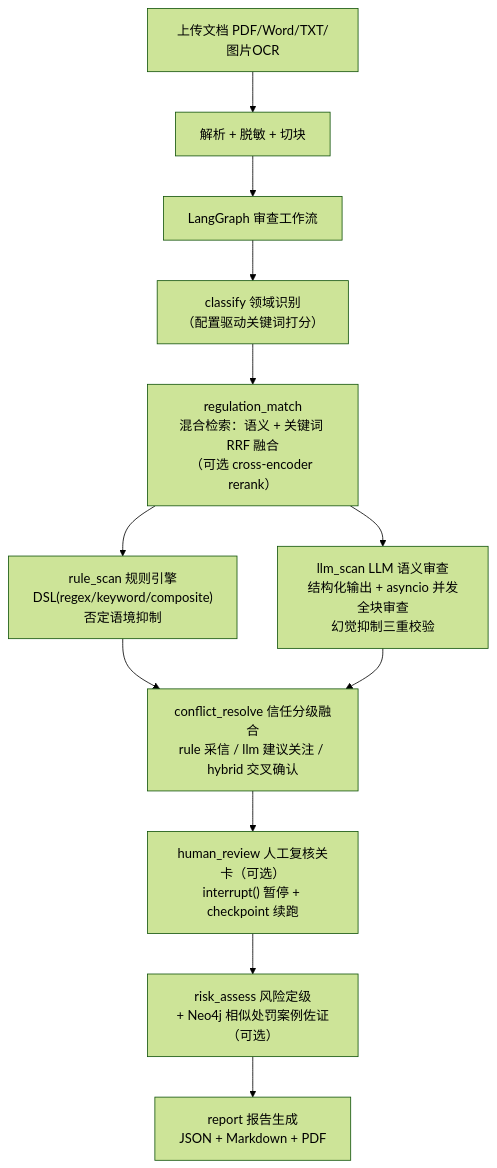
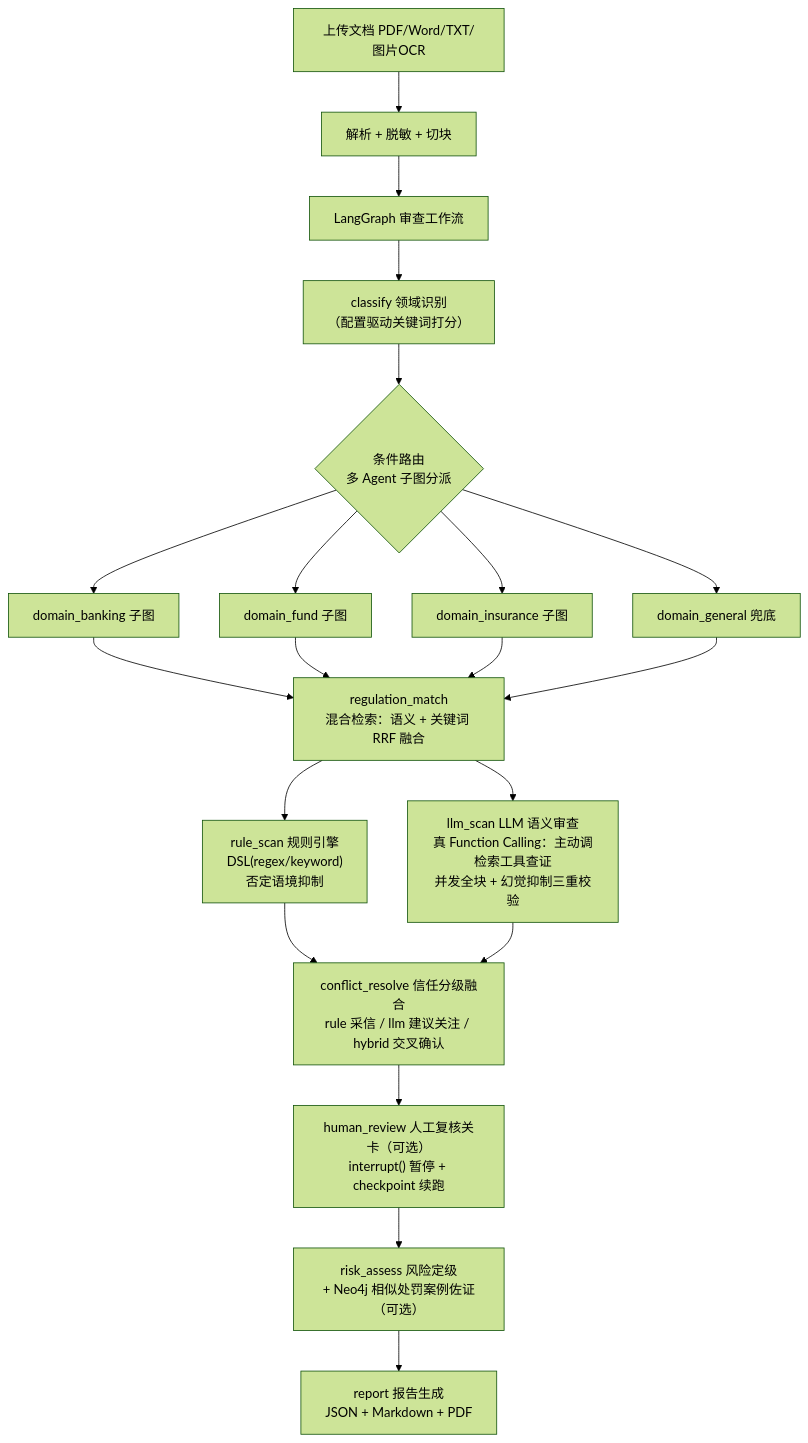
One commit to zzh200215/AIPromoGuard changed the first of 3 diagrams in README.md. Above: the diagram before and after it, drawn with Mermaid (forest theme). The commit also changed other lines of this file and 11 other files, not shown here.

````diff
--- a/README.md
+++ b/README.md
@@ -27,14 +27,22 @@
 ```mermaid
 flowchart TD
     U["上传文档 PDF/Word/TXT/图片OCR"] --> P["解析 + 脱敏 + 切块"]
     P --> G["LangGraph 审查工作流"]
     G --> C["classify 领域识别<br/>（配置驱动关键词打分）"]
-    C --> M["regulation_match<br/>混合检索：语义 + 关键词 RRF 融合<br/>（可选 cross-encoder rerank）"]
-    M --> R["rule_scan 规则引擎<br/>DSL(regex/keyword/composite)<br/>否定语境抑制"]
-    M --> L["llm_scan LLM 语义审查<br/>结构化输出 + asyncio 并发全块审查<br/>幻觉抑制三重校验"]
+    C --> ROUTE{"条件路由<br/>多 Agent 子图分派"}
+    ROUTE --> DS1["domain_banking 子图"]
+    ROUTE --> DS2["domain_fund 子图"]
+    ROUTE --> DS3["domain_insurance 子图"]
+    ROUTE --> DG["domain_general 兜底"]
+    DS1 --> M["regulation_match<br/>混合检索：语义 + 关键词 RRF 融合"]
+    DS2 --> M
+    DS3 --> M
+    DG --> M
+    M --> R["rule_scan 规则引擎<br/>DSL(regex/keyword)<br/>否定语境抑制"]
+    M --> L["llm_scan LLM 语义审查<br/>真 Function Calling：主动调检索工具查证<br/>并发全块 + 幻觉抑制三重校验"]
     R --> F["conflict_resolve 信任分级融合<br/>rule 采信 / llm 建议关注 / hybrid 交叉确认"]
     L --> F
     F --> H["human_review 人工复核关卡（可选）<br/>interrupt() 暂停 + checkpoint 续跑"]
     H --> K["risk_assess 风险定级<br/>+ Neo4j 相似处罚案例佐证（可选）"]
     K --> REP["report 报告生成<br/>JSON + Markdown + PDF"]
 ```
````
